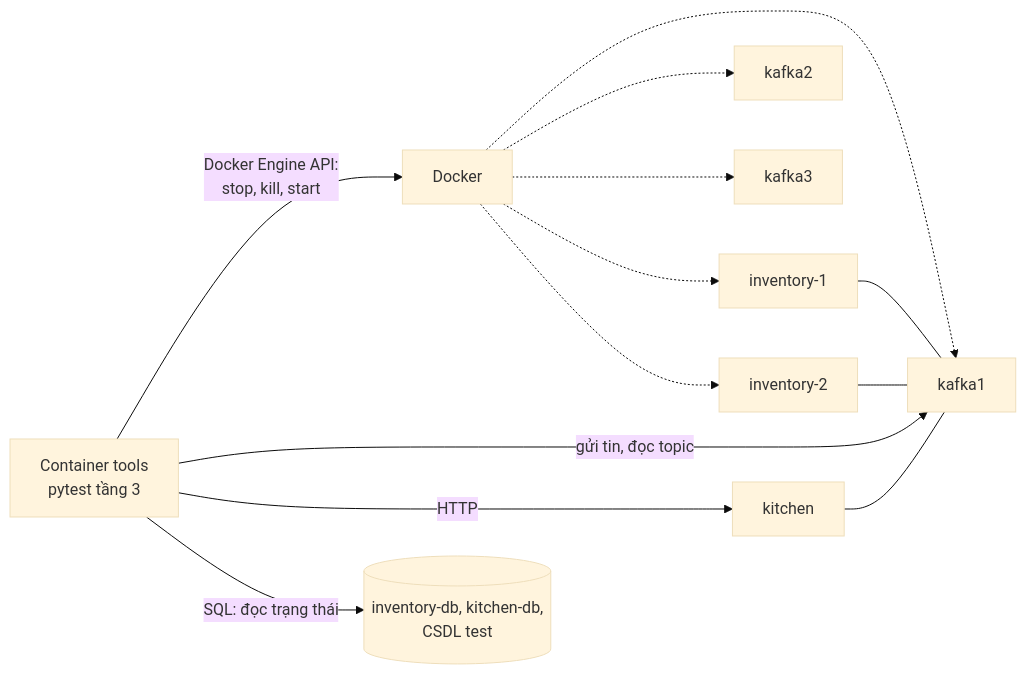
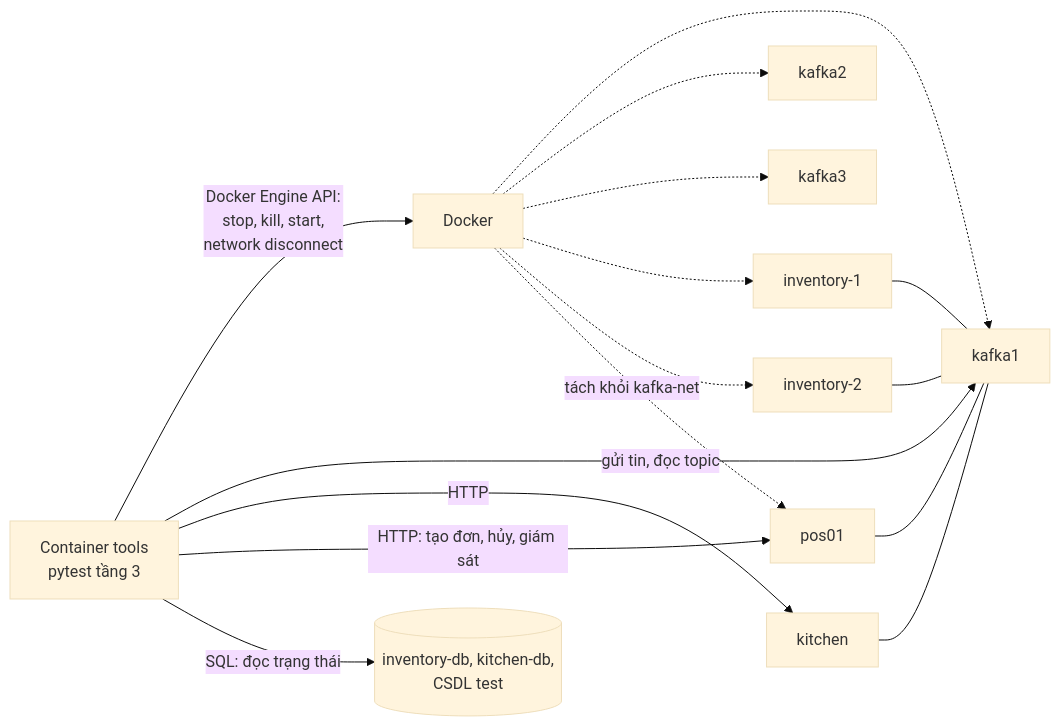
The diagram in report/04-kiem-thu.md (congdtptit/distributed-order-system), drawn with Mermaid (base theme) before and after one commit. The commit also changed other lines of this file and 10 other files, not shown here.

````diff
--- a/report/04-kiem-thu.md
+++ b/report/04-kiem-thu.md
@@ -32,10 +32,12 @@
 ```mermaid
 flowchart LR
-  T["Container tools<br/>pytest tầng 3"] -->|Docker Engine API:<br/>stop, kill, start| D["Docker"]
+  T["Container tools<br/>pytest tầng 3"] -->|Docker Engine API:<br/>stop, kill, start,<br/>network disconnect| D["Docker"]
   D -.-> K1["kafka1"] & K2["kafka2"] & K3["kafka3"]
   D -.-> I1["inventory-1"] & I2["inventory-2"]
+  D -.->|tách khỏi kafka-net| P1["pos01"]
   T -->|gửi tin, đọc topic| K1
   T -->|HTTP| KS["kitchen"]
+  T -->|HTTP: tạo đơn, hủy, giám sát| P1
   T -->|SQL: đọc trạng thái| DB[("inventory-db, kitchen-db,<br/>CSDL test")]
-  I1 & I2 & KS --- K1
+  I1 & I2 & KS & P1 --- K1
 ```
````
